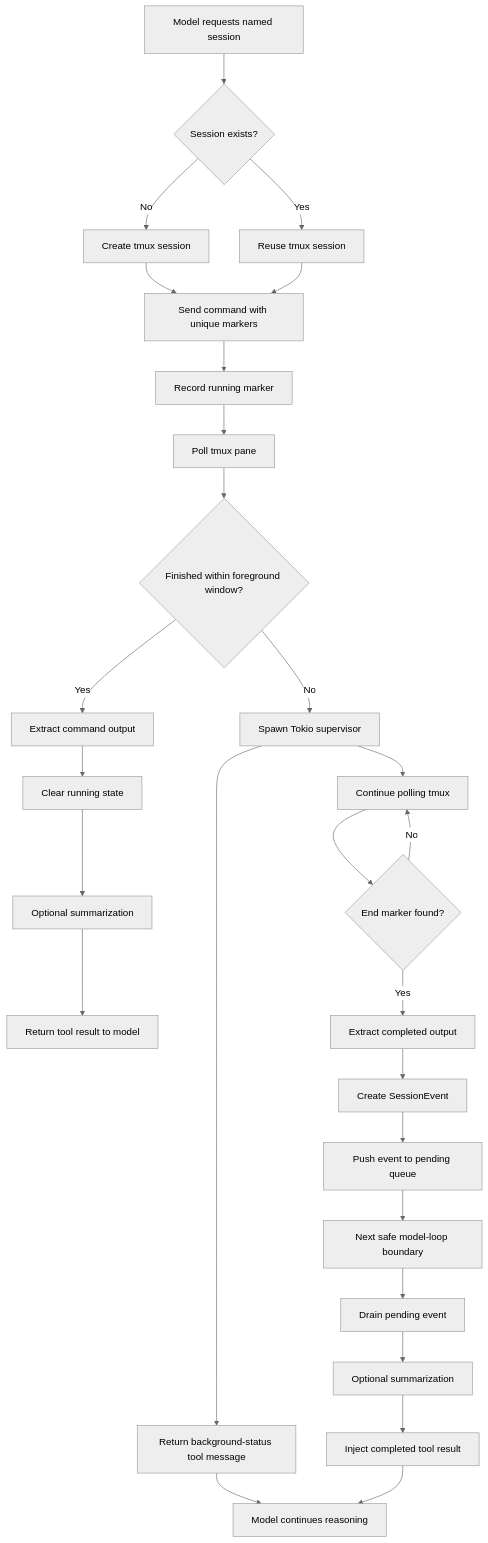
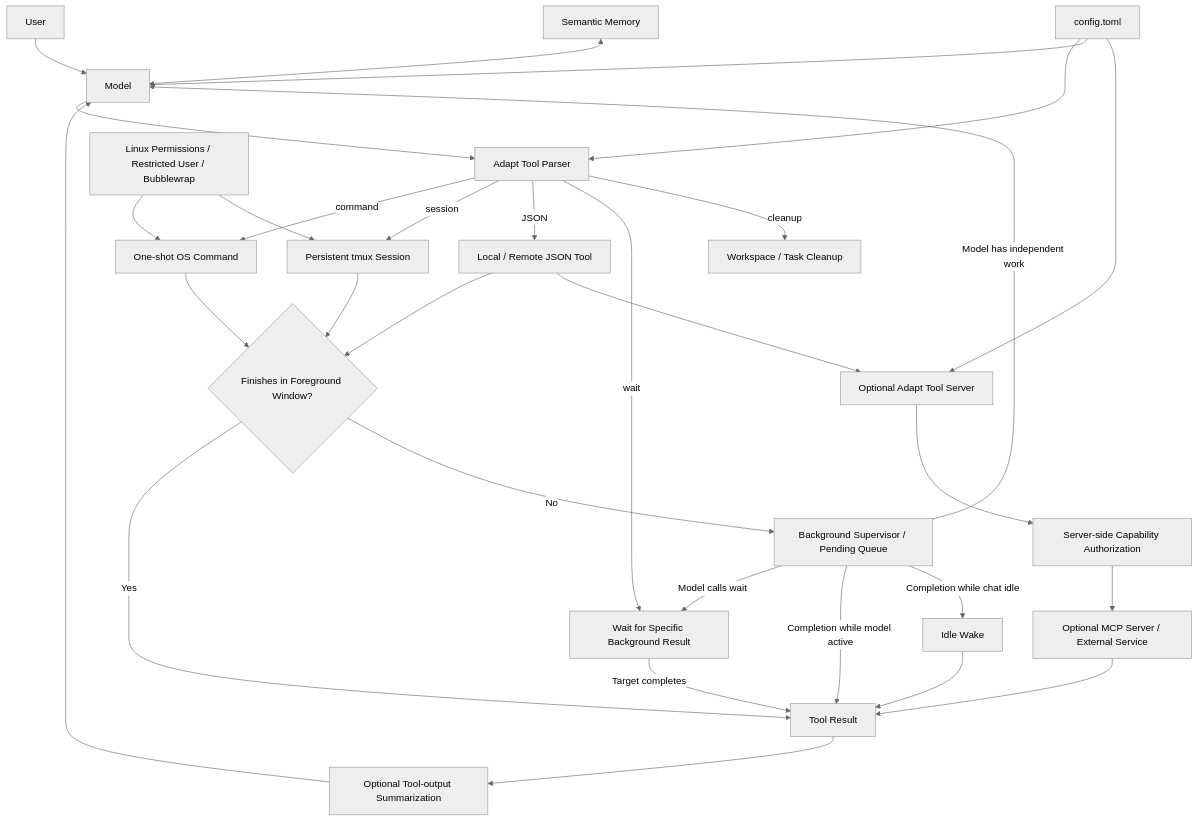
The diagram in README.md (charlesericwilson-portfolio/Echo_Adapt_v5), drawn with Mermaid (neutral theme) before and after one commit. The commit also changed other lines of this file, not shown here.

````diff
--- a/README.md
+++ b/README.md
@@ -833,39 +70,43 @@
 ```mermaid
 flowchart TD
-    A[Model requests named session] --> B{Session exists?}
+    U[User] --> M[Model]
 
-    B -->|No| C[Create tmux session]
-    B -->|Yes| D[Reuse tmux session]
+    M --> P[Adapt Tool Parser]
 
-    C --> E[Send command with unique markers]
-    D --> E
+    P -->|command| C[One-shot OS Command]
+    P -->|session| S[Persistent tmux Session]
+    P -->|JSON| J[Local / Remote JSON Tool]
+    P -->|wait| W[Wait for Specific Background Result]
+    P -->|cleanup| X[Workspace / Task Cleanup]
 
-    E --> F[Record running marker]
-    F --> G[Poll tmux pane]
+    C --> F{Finishes in Foreground Window?}
+    S --> F
+    J --> F
 
-    G --> H{Finished within foreground window?}
+    F -->|Yes| R[Tool Result]
+    F -->|No| B[Background Supervisor / Pending Queue]
 
-    H -->|Yes| I[Extract command output]
-    I --> J[Clear running state]
-    J --> K[Optional summarization]
-    K --> L[Return tool result to model]
+    B -->|Model has independent work| M
+    B -->|Model calls wait| W
+    W -->|Target completes| R
 
-    H -->|No| M[Spawn Tokio supervisor]
-    M --> N[Return background-status tool message]
-    N --> O[Model continues reasoning]
+    B -->|Completion while model active| R
+    B -->|Completion while chat idle| I[Idle Wake]
+    I --> R
 
-    M --> P[Continue polling tmux]
-    P --> Q{End marker found?}
+    J --> TS[Optional Adapt Tool Server]
+    TS --> AUTH[Server-side Capability Authorization]
+    AUTH --> MCP[Optional MCP Server / External Service]
+    MCP --> R
 
-    Q -->|No| P
-    Q -->|Yes| R[Extract completed output]
+    R --> SUM[Optional Tool-output Summarization]
+    SUM --> M
 
-    R --> S[Create SessionEvent]
-    S --> T[Push event to pending queue]
+    MEM[Semantic Memory] <--> M
+    CFG[config.toml] --> P
+    CFG --> M
+    CFG --> TS
 
-    T --> U[Next safe model-loop boundary]
-    U --> V[Drain pending event]
-    V --> W[Optional summarization]
-    W --> X[Inject completed tool result]
-    X --> O
+    OS[Linux Permissions / Restricted User / Bubblewrap] --> C
+    OS --> S
 ```
````
